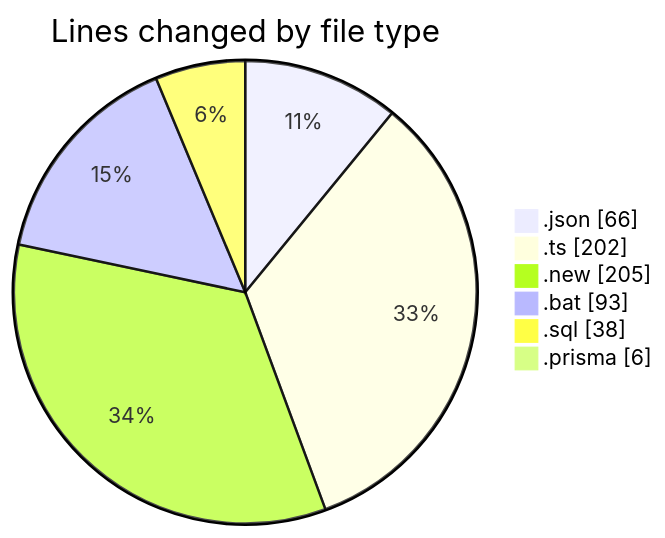
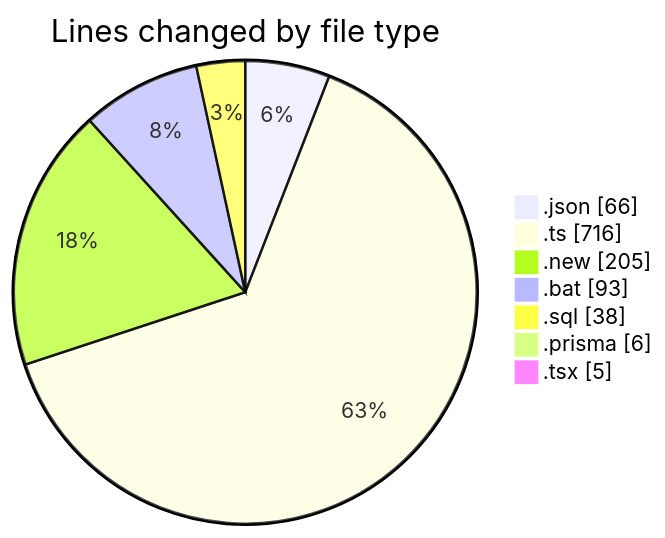
One commit to CELIANVF/code-tracking changed the first of 2 diagrams in 2025-05-20/ecodeli-1/README.md. Above: the diagram before and after it, drawn with Mermaid. The commit also changed other lines of this file and 1 other file, not shown here.

````diff
--- a/2025-05-20/ecodeli-1/README.md
+++ b/2025-05-20/ecodeli-1/README.md
@@ -27,10 +31,11 @@
 ```mermaid
 pie showData
 title Lines changed by file type
 ".json" : 66
-".ts" : 202
+".ts" : 716
 ".new" : 205
 ".bat" : 93
 ".sql" : 38
 ".prisma" : 6
+".tsx" : 5
 ```
````
